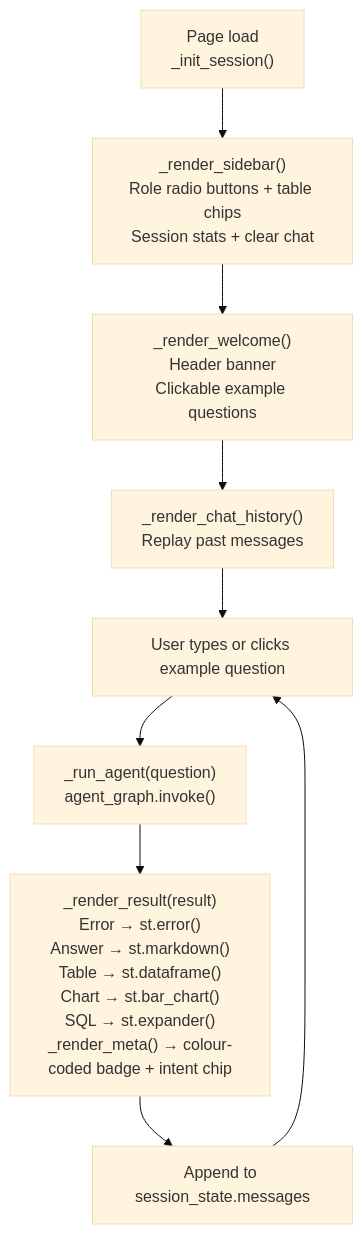
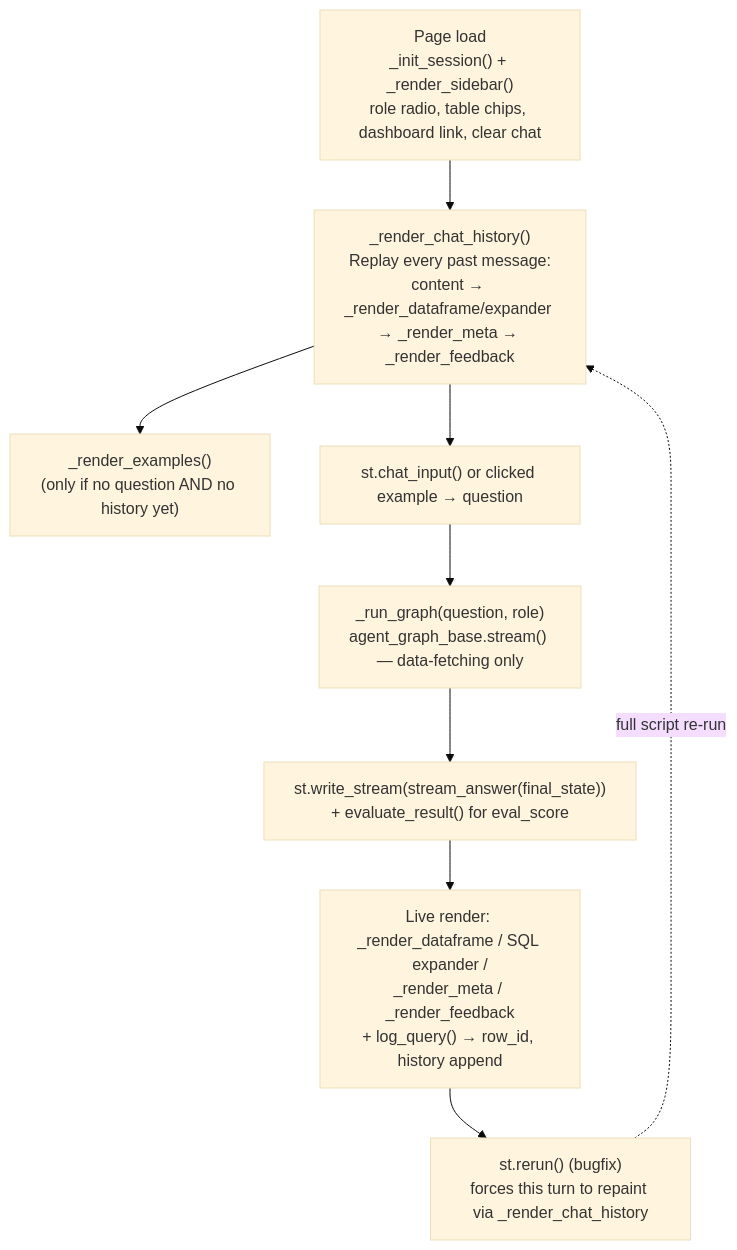
Diagram 13 of 13 in documentation/architecture.md (piyushraj6789/multi-agent-data-assistant-v2), drawn with Mermaid (base theme) before and after one commit. The commit also changed other lines of this file and 6 other files, not shown here.

````diff
--- a/documentation/architecture.md
+++ b/documentation/architecture.md
@@ -1435,16 +1457,15 @@
 ```mermaid
 flowchart TD
-    Load["Page load<br/>_init_session()"]
-    Sidebar["_render_sidebar()<br/>Role radio buttons + table chips<br/>Session stats + clear chat"]
-    Welcome["_render_welcome()<br/>Header banner<br/>Clickable example questions"]
-    History["_render_chat_history()<br/>Replay past messages"]
-    Input["User types or clicks example question"]
-    Run["_run_agent(question)<br/>agent_graph.invoke()"]
-    Render["_render_result(result)<br/>Error → st.error()<br/>Answer → st.markdown()<br/>Table → st.dataframe()<br/>Chart → st.bar_chart()<br/>SQL → st.expander()<br/>_render_meta() → colour-coded badge + intent chip"]
-    Save["Append to session_state.messages"]
+    Load["Page load<br/>_init_session() + _render_sidebar()<br/>role radio, table chips, dashboard link, clear chat"]
+    History["_render_chat_history()<br/>Replay every past message:<br/>content → _render_dataframe/expander → _render_meta → _render_feedback"]
+    Examples["_render_examples()<br/>(only if no question AND no history yet)"]
+    Input["st.chat_input() or clicked example → question"]
+    Graph["_run_graph(question, role)<br/>agent_graph_base.stream() — data-fetching only"]
+    Stream["st.write_stream(stream_answer(final_state))<br/>+ evaluate_result() for eval_score"]
+    Live["Live render: _render_dataframe / SQL expander /<br/>_render_meta / _render_feedback<br/>+ log_query() → row_id, history append"]
+    Rerun["st.rerun() (bugfix)<br/>forces this turn to repaint via _render_chat_history"]
 
-    Load --> Sidebar
-    Sidebar --> Welcome
-    Welcome --> History
-    History --> Input --> Run --> Render --> Save --> Input
+    Load --> History --> Examples
+    History --> Input --> Graph --> Stream --> Live --> Rerun
+    Rerun -.->|full script re-run| History
 ```
````
